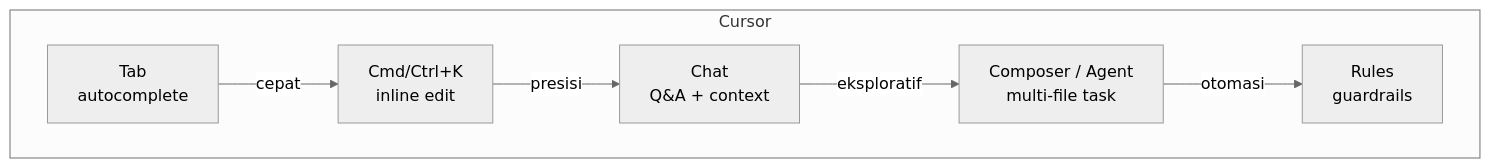
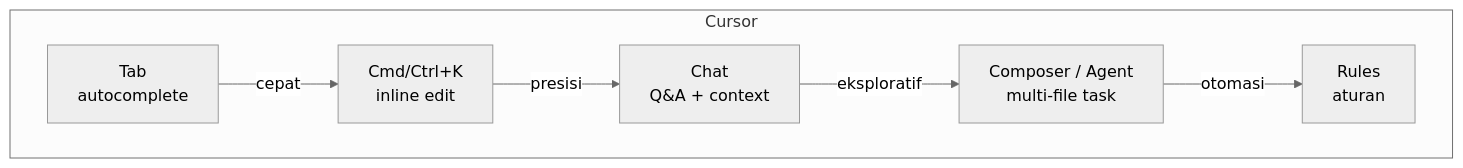
Before and after one commit to githubna-ilham/AI_Cursor: the first of 2 diagrams in Hari-1-Fundamental-DevNotes/Sesi-02-Getting-Started-Cursor/materi.md, drawn with Mermaid (neutral theme). The commit also changed other lines of this file and 2 other files, not shown here.

````diff
--- a/Hari-1-Fundamental-DevNotes/Sesi-02-Getting-Started-Cursor/materi.md
+++ b/Hari-1-Fundamental-DevNotes/Sesi-02-Getting-Started-Cursor/materi.md
@@ -41,12 +41,12 @@
 ```mermaid
 flowchart LR
     subgraph Cursor
         direction LR
         T[Tab<br/>autocomplete]
         K[Cmd/Ctrl+K<br/>inline edit]
         C[Chat<br/>Q&A + context]
         A[Composer / Agent<br/>multi-file task]
-        R[Rules<br/>guardrails]
+        R[Rules<br/>aturan]
     end
     T -->|cepat| K -->|presisi| C -->|eksploratif| A -->|otomasi| R
 ```
````
